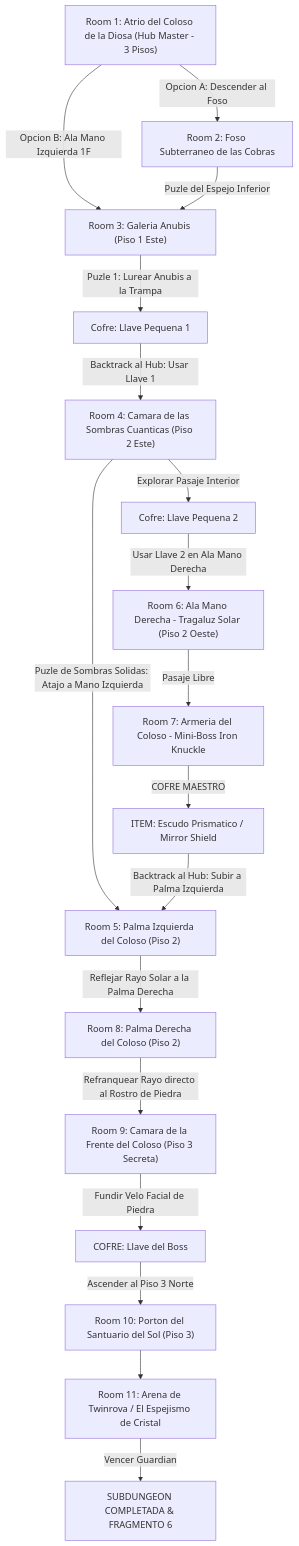
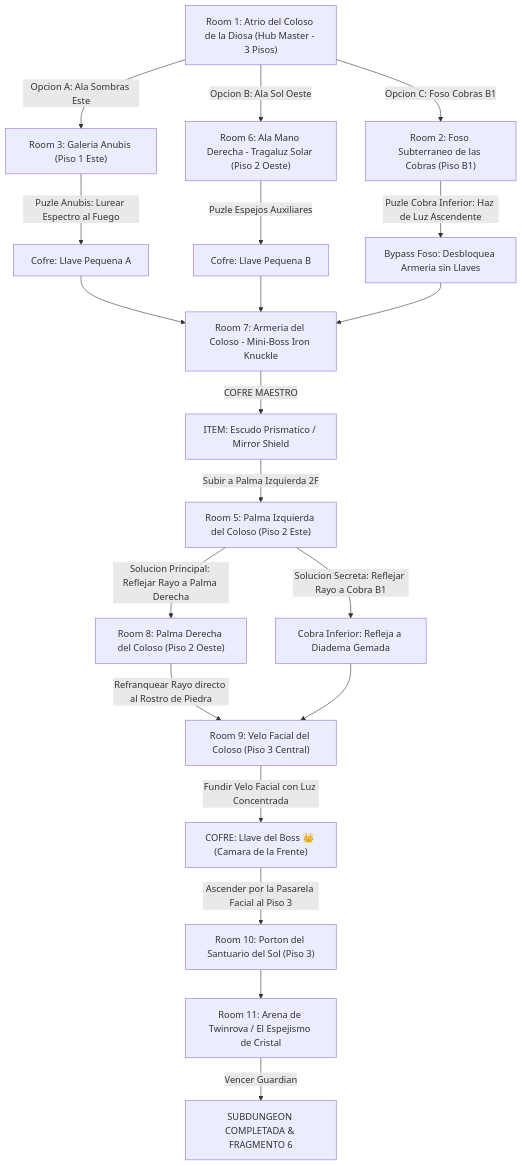
Before and after one commit to linkmati/ShivathLyss: the diagram in 7 - DM/OneShots/ARepeat/Subdungeons/06_Subdungeon_Luz_Santuario.md, drawn with Mermaid. The commit also changed other lines of this file and 1 other file, not shown here.

````diff
--- a/7 - DM/OneShots/ARepeat/Subdungeons/06_Subdungeon_Luz_Santuario.md
+++ b/7 - DM/OneShots/ARepeat/Subdungeons/06_Subdungeon_Luz_Santuario.md
@@ -15,25 +15,29 @@
 ```mermaid
 graph TD
-    S1["Room 1: Atrio del Coloso de la Diosa (Hub Master - 3 Pisos)"] -->|Opcion A: Descender al Foso| S2["Room 2: Foso Subterraneo de las Cobras"]
-    S1 -->|Opcion B: Ala Mano Izquierda 1F| S3["Room 3: Galeria Anubis (Piso 1 Este)"]
+    S1["Room 1: Atrio del Coloso de la Diosa (Hub Master - 3 Pisos)"] -->|Opcion A: Ala Sombras Este| S3["Room 3: Galeria Anubis (Piso 1 Este)"]
+    S1 -->|Opcion B: Ala Sol Oeste| S6["Room 6: Ala Mano Derecha - Tragaluz Solar (Piso 2 Oeste)"]
+    S1 -->|Opcion C: Foso Cobras B1| S2["Room 2: Foso Subterraneo de las Cobras (Piso B1)"]
     
-    S2 -->|Puzle del Espejo Inferior| S3
-    S3 -->|Puzle 1: Lurear Anubis a la Trampa| S3_Key["Cofre: Llave Pequena 1"]
+    S3 -->|Puzle Anubis: Lurear Espectro al Fuego| S3_Key["Cofre: Llave Pequena A"]
+    S6 -->|Puzle Espejos Auxiliares| S6_Key["Cofre: Llave Pequena B"]
+    S2 -->|Puzle Cobra Inferior: Haz de Luz Ascendente| S2_Bypass["Bypass Foso: Desbloquea Armeria sin Llaves"]
     
-    S3_Key -->|Backtrack al Hub: Usar Llave 1| S4["Room 4: Camara de las Sombras Cuanticas (Piso 2 Este)"]
-    S4 -->|Puzle de Sombras Solidas: Atajo a Mano Izquierda| S5["Room 5: Palma Izquierda del Coloso (Piso 2)"]
-    S4 -->|Explorar Pasaje Interior| S4_Key["Cofre: Llave Pequena 2"]
+    S3_Key & S6_Key --> S7["Room 7: Armeria del Coloso - Mini-Boss Iron Knuckle"]
+    S2_Bypass --> S7
     
-    S4_Key -->|Usar Llave 2 en Ala Mano Derecha| S6["Room 6: Ala Mano Derecha - Tragaluz Solar (Piso 2 Oeste)"]
-    S6 -->|Pasaje Libre| S7["Room 7: Armeria del Coloso - Mini-Boss Iron Knuckle"]
     S7 -->|COFRE MAESTRO| Item["ITEM: Escudo Prismatico / Mirror Shield"]
     
-    Item -->|Backtrack al Hub: Subir a Palma Izquierda| S5
-    S5 -->|Reflejar Rayo Solar a la Palma Derecha| S8["Room 8: Palma Derecha del Coloso (Piso 2)"]
-    S8 -->|Refranquear Rayo directo al Rostro de Piedra| S9["Room 9: Camara de la Frente del Coloso (Piso 3 Secreta)"]
+    Item -->|Subir a Palma Izquierda 2F| S5["Room 5: Palma Izquierda del Coloso (Piso 2 Este)"]
     
-    S9 -->|Fundir Velo Facial de Piedra| BossKey["COFRE: Llave del Boss"]
-    BossKey -->|Ascender al Piso 3 Norte| S10["Room 10: Porton del Santuario del Sol (Piso 3)"]
+    S5 -->|Solucion Principal: Reflejar Rayo a Palma Derecha| S8["Room 8: Palma Derecha del Coloso (Piso 2 Oeste)"]
+    S8 -->|Refranquear Rayo directo al Rostro de Piedra| S9["Room 9: Velo Facial del Coloso (Piso 3 Central)"]
+    
+    S5 -->|Solucion Secreta: Reflejar Rayo a Cobra B1| S2_Secret["Cobra Inferior: Refleja a Diadema Gemada"]
+    S2_Secret --> S9
+    
+    S9 -->|Fundir Velo Facial con Luz Concentrada| BossKey["COFRE: Llave del Boss 👑 (Camara de la Frente)"]
+    
+    BossKey -->|Ascender por la Pasarela Facial al Piso 3| S10["Room 10: Porton del Santuario del Sol (Piso 3)"]
     S10 --> S11["Room 11: Arena de Twinrova / El Espejismo de Cristal"]
     S11 -->|Vencer Guardian| Win["SUBDUNGEON COMPLETADA & FRAGMENTO 6"]
 ```
````
